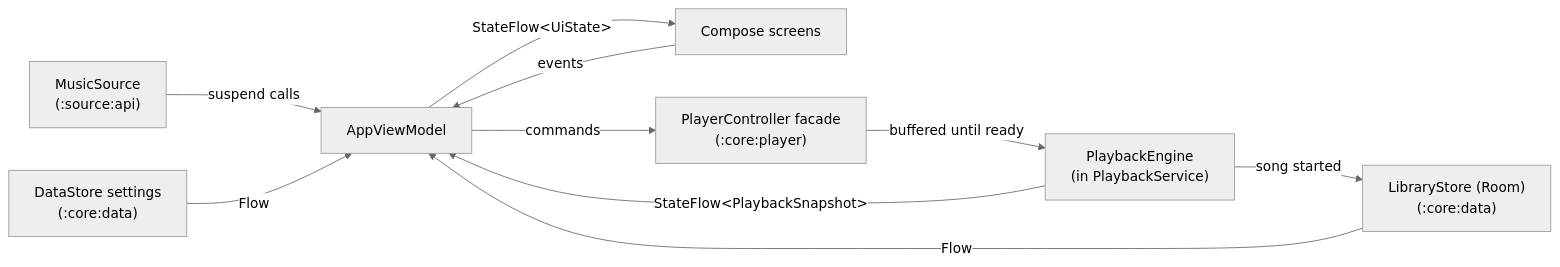
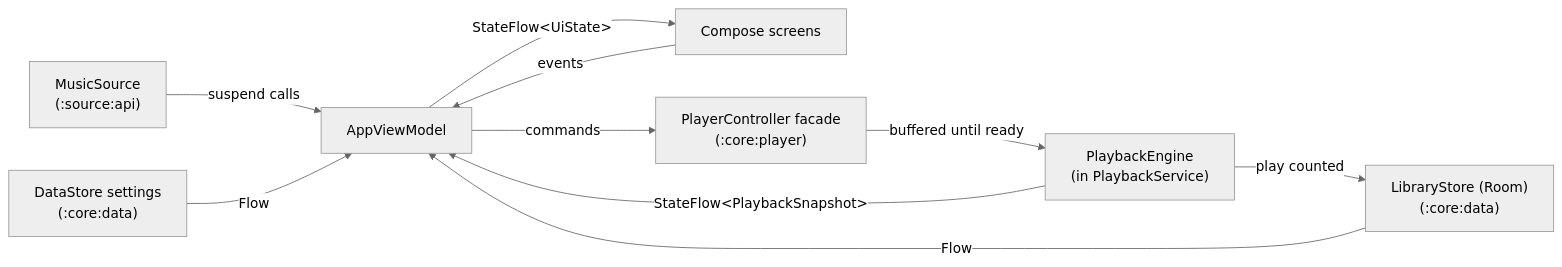
One commit to muhib-karim/sitara changed the second of 7 diagrams in docs/ARCHITECTURE.md. Above: the diagram before and after it, drawn with Mermaid (neutral theme). The commit also changed other lines of this file and 24 other files, not shown here.

````diff
--- a/docs/ARCHITECTURE.md
+++ b/docs/ARCHITECTURE.md
@@ -92,12 +92,12 @@
 ```mermaid
 flowchart LR
     src["MusicSource<br/>(:source:api)"] -->|suspend calls| vm["AppViewModel"]
     vm -->|StateFlow&lt;UiState&gt;| ui["Compose screens"]
     ui -->|events| vm
     vm -->|commands| pc["PlayerController facade<br/>(:core:player)"]
     pc -->|buffered until ready| eng["PlaybackEngine<br/>(in PlaybackService)"]
     eng -->|StateFlow&lt;PlaybackSnapshot&gt;| vm
     ds["DataStore settings<br/>(:core:data)"] -->|Flow| vm
     lib["LibraryStore (Room)<br/>(:core:data)"] -->|Flow| vm
-    eng -->|song started| lib
+    eng -->|play counted| lib
 ```
````
